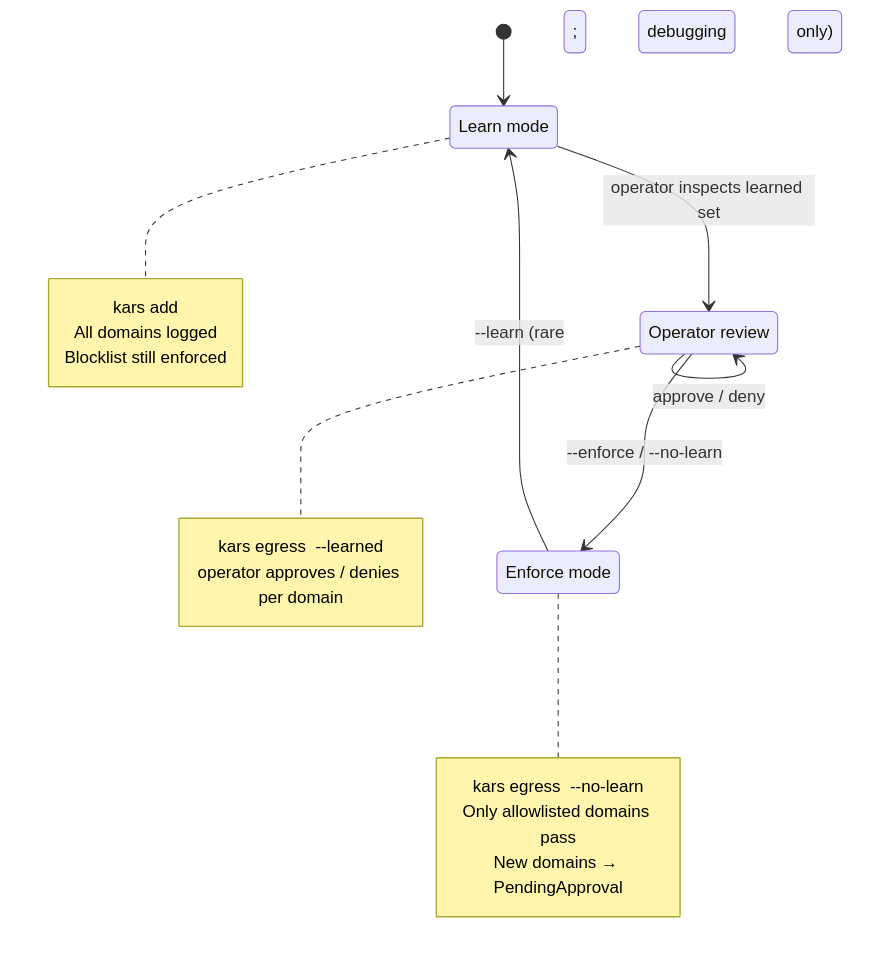
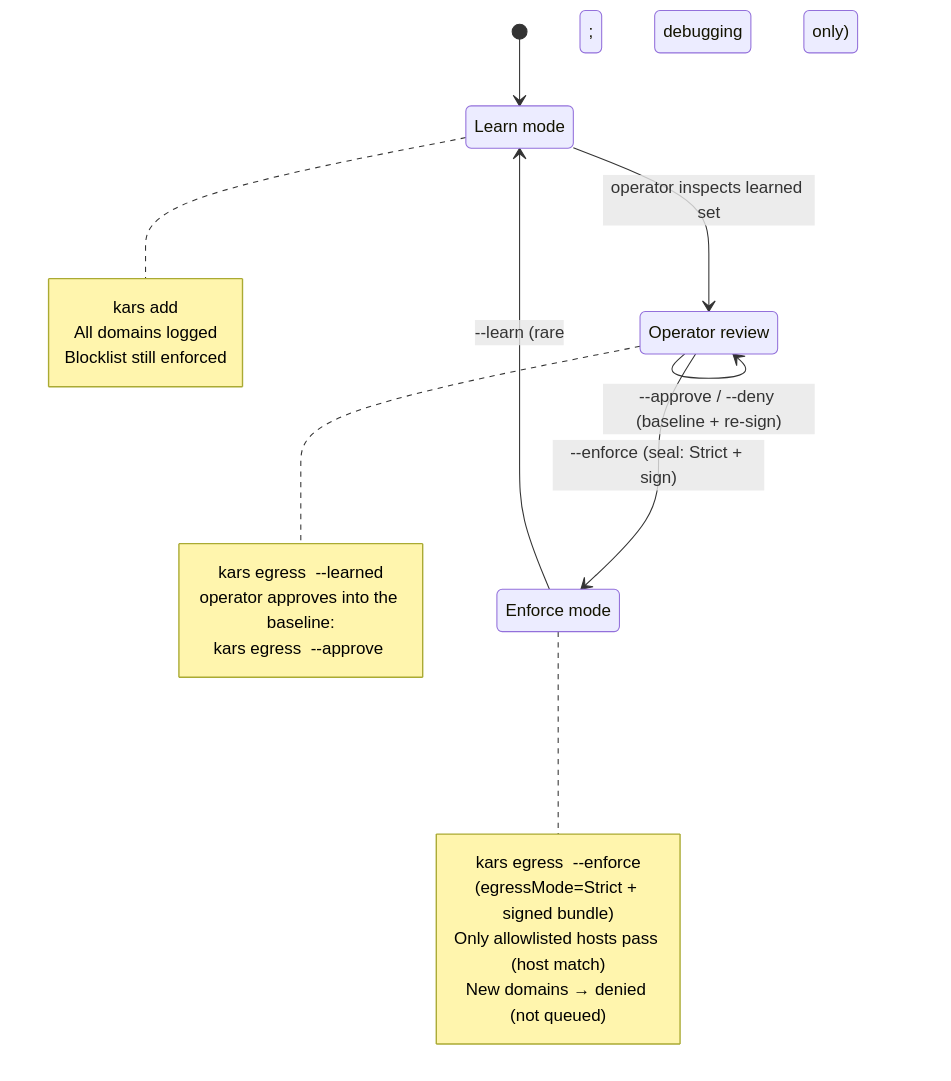
One commit to Azure/kars changed the second of 2 diagrams in docs/egress-proxy.md. Above: the diagram before and after it, drawn with Mermaid. The commit also changed other lines of this file and 10 other files, not shown here.

First line of the commit message:
fix(egress): repair learn/enforce flow — operator toggle + CLI approve/deny/enforce (#480)

````diff
--- a/docs/egress-proxy.md
+++ b/docs/egress-proxy.md
@@ -169,25 +170,27 @@
 ```mermaid
 stateDiagram-v2
   state "Learn mode" as Learn
   state "Operator review" as Review
   state "Enforce mode" as Enforce
   [*] --> Learn
   note right of Learn
     kars add <name>
     All domains logged
     Blocklist still enforced
   end note
   note right of Review
     kars egress <name> --learned
-    operator approves / denies per domain
+    operator approves into the baseline:
+    kars egress <name> --approve <host>
   end note
   note right of Enforce
-    kars egress <name> --no-learn
-    Only allowlisted domains pass
-    New domains → PendingApproval
+    kars egress <name> --enforce
+    (egressMode=Strict + signed bundle)
+    Only allowlisted hosts pass (host match)
+    New domains → denied (not queued)
   end note
   Learn --> Review: operator inspects learned set
-  Review --> Review: approve / deny
-  Review --> Enforce: --enforce / --no-learn
+  Review --> Review: --approve / --deny (baseline + re-sign)
+  Review --> Enforce: --enforce (seal: Strict + sign)
   Enforce --> Learn: --learn (rare; debugging only)
 ```
````
